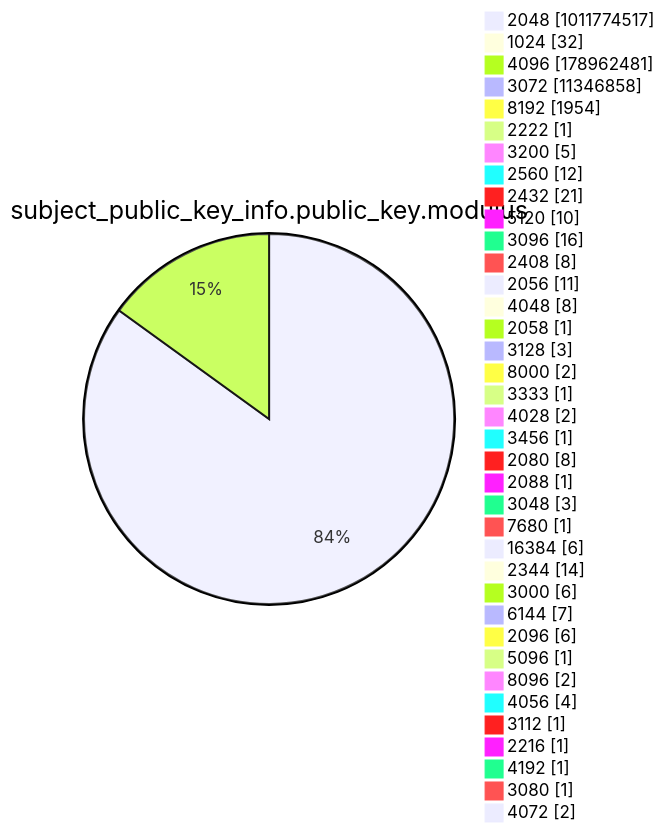
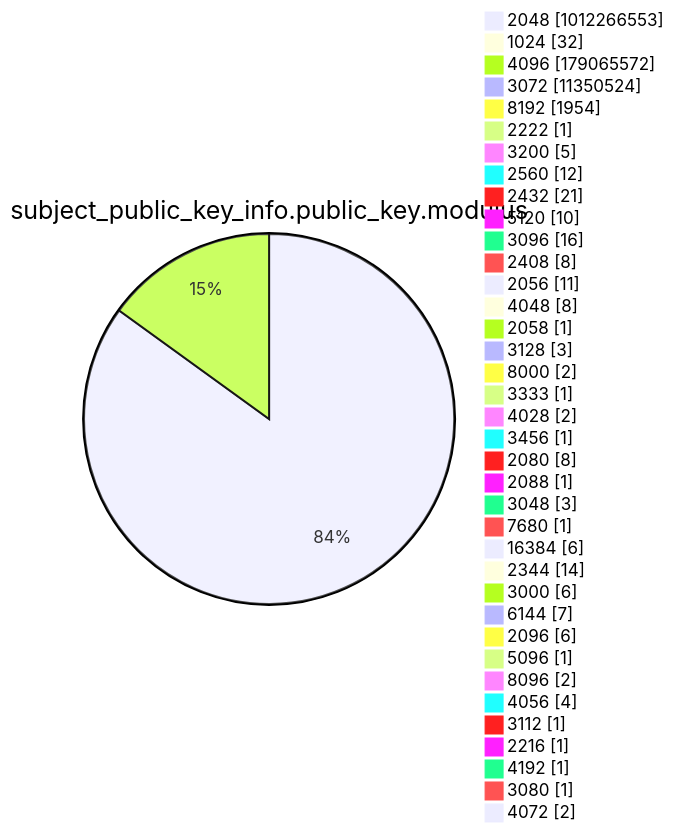
One commit to christiankrug/ctmonitor_visualization changed diagram 13 of 15 in argon2022/README.md. Above: the diagram before and after it, drawn with Mermaid. The commit also changed other lines of this file, not shown here.

````diff
--- a/argon2022/README.md
+++ b/argon2022/README.md
@@ -3588,41 +3588,41 @@
 ```mermaid
 pie showData
 title subject_public_key_info.public_key.modulus
-"2048" :1011774517
+"2048" :1012266553
 "1024" :32
-"4096" :178962481
-"3072" :11346858
+"4096" :179065572
+"3072" :11350524
 "8192" :1954
 "2222" :1
 "3200" :5
 "2560" :12
 "2432" :21
 "5120" :10
 "3096" :16
 "2408" :8
 "2056" :11
 "4048" :8
 "2058" :1
 "3128" :3
 "8000" :2
 "3333" :1
 "4028" :2
 "3456" :1
 "2080" :8
 "2088" :1
 "3048" :3
 "7680" :1
 "16384" :6
 "2344" :14
 "3000" :6
 "6144" :7
 "2096" :6
 "5096" :1
 "8096" :2
 "4056" :4
 "3112" :1
 "2216" :1
 "4192" :1
 "3080" :1
 "4072" :2
 ```
````
